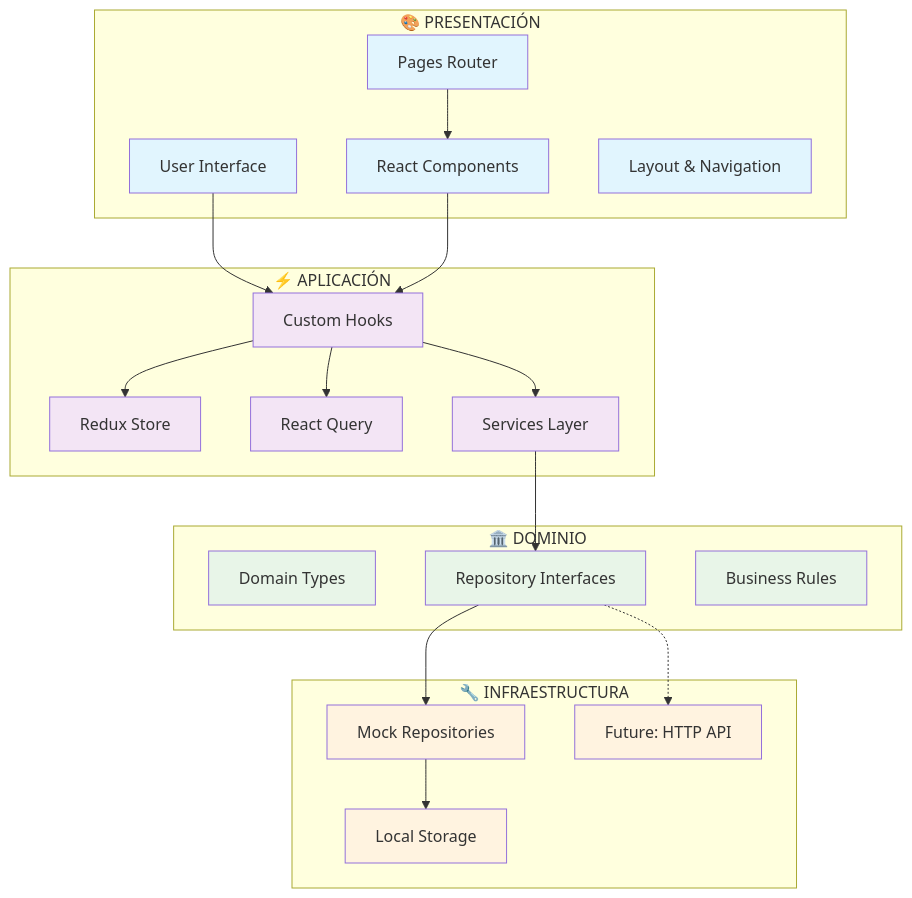
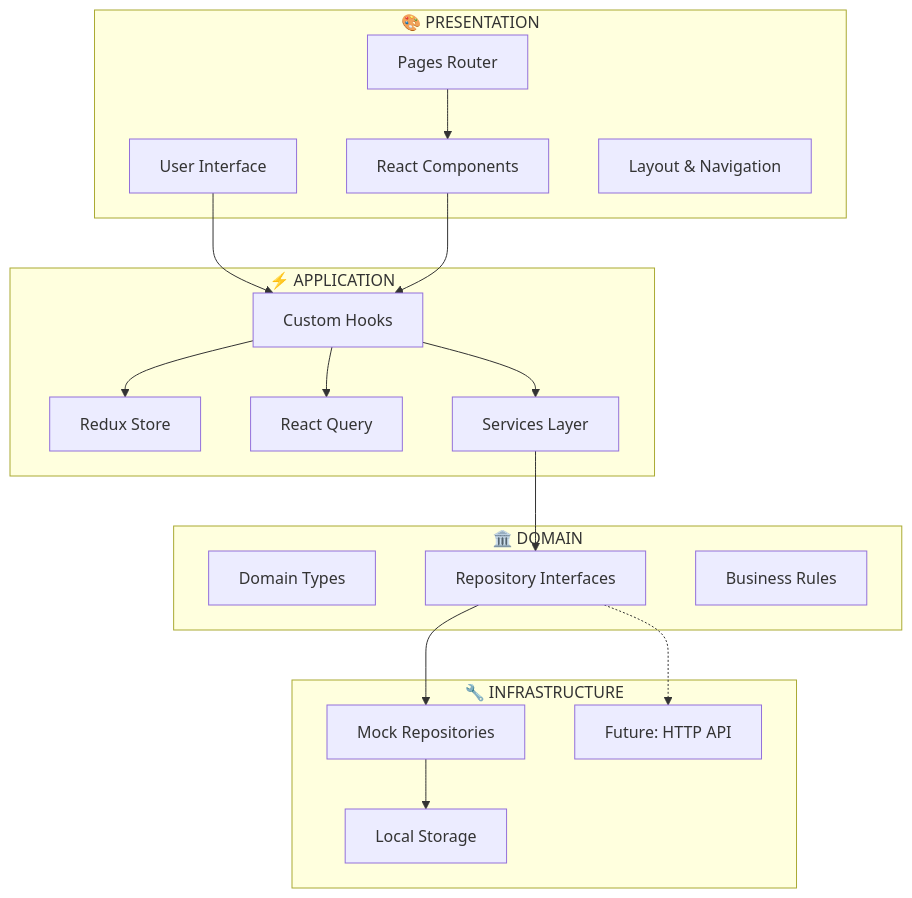
One commit to TzzJokerzzT/article-manager changed the first of 2 diagrams in README.md. Above: the diagram before and after it, drawn with Mermaid. The commit also changed other lines of this file, not shown here.

````diff
--- a/README.md
+++ b/README.md
@@ -106,55 +118,44 @@
 ```mermaid
 graph TB
     %% User Interface Layer
-    subgraph "🎨 PRESENTACIÓN"
+    subgraph "🎨 PRESENTATION"
         UI[User Interface]
         PAGES[Pages Router]
         COMPONENTS[React Components]
         LAYOUT[Layout & Navigation]
     end
 
     %% Application Layer
-    subgraph "⚡ APLICACIÓN"
+    subgraph "⚡ APPLICATION"
         HOOKS[Custom Hooks]
         STORE[Redux Store]
         QUERY[React Query]
         SERVICES[Services Layer]
     end
 
     %% Domain Layer
-    subgraph "🏛️ DOMINIO"
+    subgraph "🏛️ DOMAIN"
         TYPES[Domain Types]
         INTERFACES[Repository Interfaces]
         RULES[Business Rules]
     end
 
     %% Infrastructure Layer
-    subgraph "🔧 INFRAESTRUCTURA"
+    subgraph "🔧 INFRASTRUCTURE"
         MOCK[Mock Repositories]
         STORAGE[Local Storage]
         FUTURE[Future: HTTP API]
     end
 
     %% Data Flow
     UI --> HOOKS
     PAGES --> COMPONENTS
     COMPONENTS --> HOOKS
     HOOKS --> STORE
     HOOKS --> QUERY
     HOOKS --> SERVICES
     SERVICES --> INTERFACES
     INTERFACES --> MOCK
     MOCK --> STORAGE
     INTERFACES -.-> FUTURE
-
-    %% Styling
-    classDef presentation fill:#e1f5fe
-    classDef application fill:#f3e5f5
-    classDef domain fill:#e8f5e8
-    classDef infrastructure fill:#fff3e0
-
-    class UI,PAGES,COMPONENTS,LAYOUT presentation
-    class HOOKS,STORE,QUERY,SERVICES application
-    class TYPES,INTERFACES,RULES domain
-    class MOCK,STORAGE,FUTURE infrastructure
 ```
````
